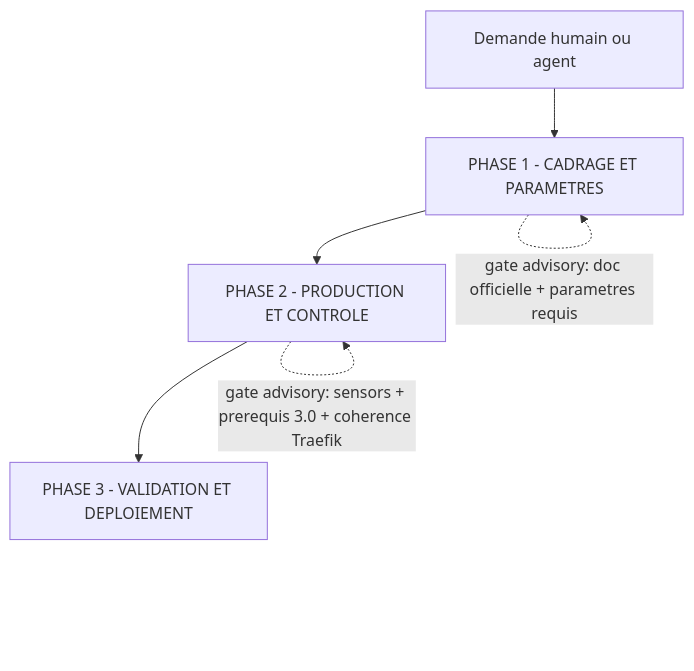
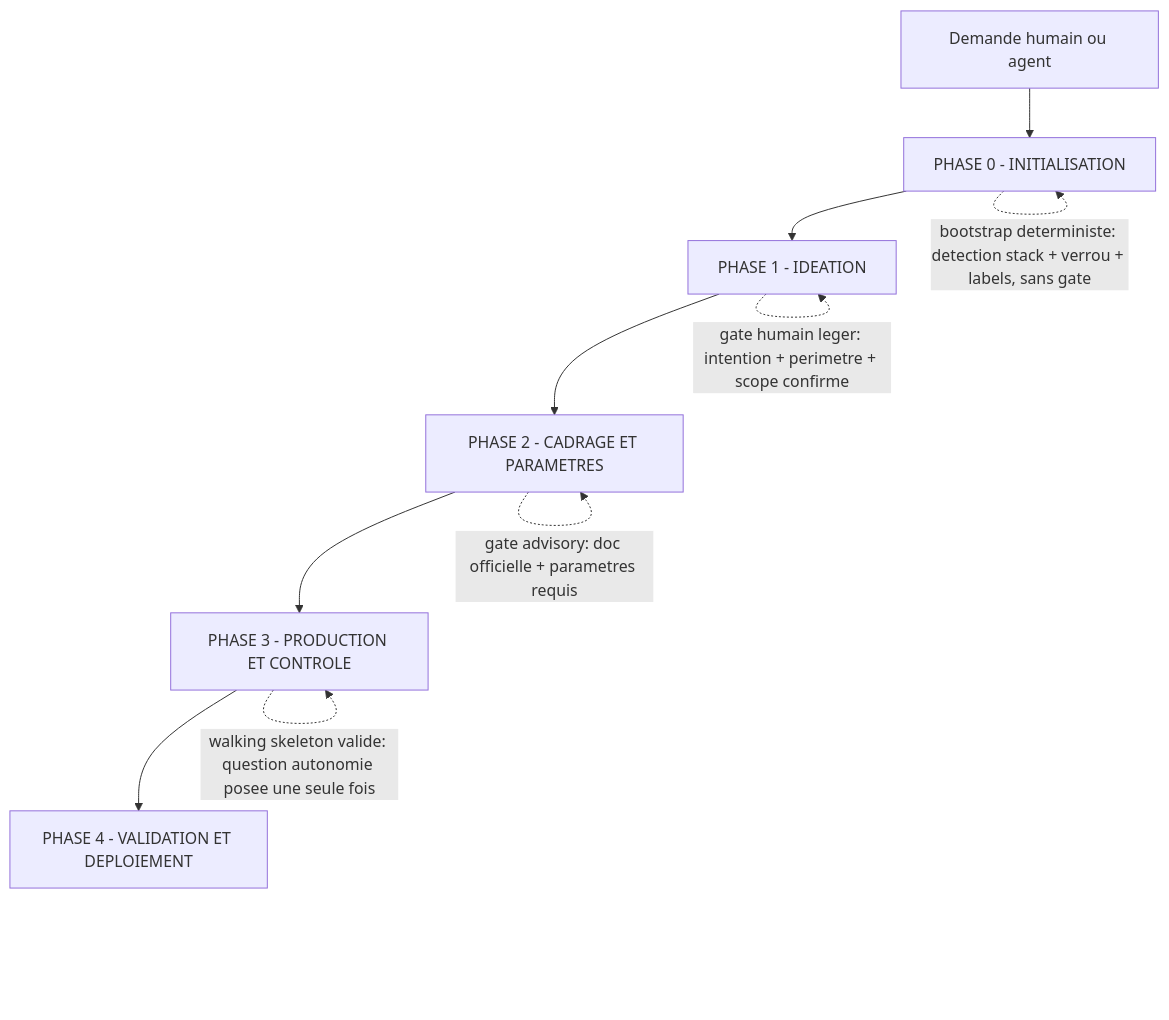
One commit to Gsyltc/homelab-portfolio changed the first of 2 diagrams in docs/homelab-workflow.md. Above: the diagram before and after it, drawn with Mermaid. The commit also changed other lines of this file and 1 other file, not shown here.

First line of the commit message:
homelab: Stage 5 (ALI-205) — passage à 5 phases + mode d'autonomie

````diff
--- a/docs/homelab-workflow.md
+++ b/docs/homelab-workflow.md
@@ -298,8 +316,13 @@
 ```mermaid
 flowchart TD
-    A[Demande humain ou agent] --> B[PHASE 1 - CADRAGE ET PARAMETRES]
-    B --> C[PHASE 2 - PRODUCTION ET CONTROLE]
-    C --> D[PHASE 3 - VALIDATION ET DEPLOIEMENT]
+    A[Demande humain ou agent] --> Z[PHASE 0 - INITIALISATION]
+    Z --> Y[PHASE 1 - IDEATION]
+    Y --> B[PHASE 2 - CADRAGE ET PARAMETRES]
+    B --> C[PHASE 3 - PRODUCTION ET CONTROLE]
+    C --> D[PHASE 4 - VALIDATION ET DEPLOIEMENT]
+    Z -.->|bootstrap deterministe: detection stack + verrou + labels, sans gate| Z
+    Y -.->|gate humain leger: intention + perimetre + scope confirme| Y
     B -.->|gate advisory: doc officielle + parametres requis| B
-    C -.->|gate advisory: sensors + prerequis 3.0 + coherence Traefik| C
+    C -.->|gate advisory: sensors + prerequis 4.0 + coherence Traefik| C
+    C -.->|walking skeleton valide: question autonomie posee une seule fois| C
 ```
````
